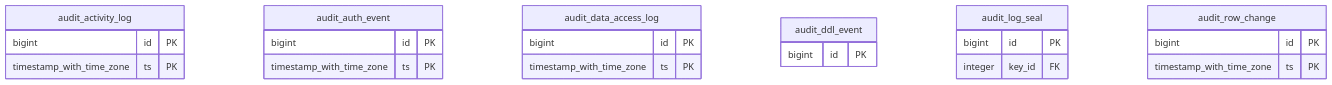
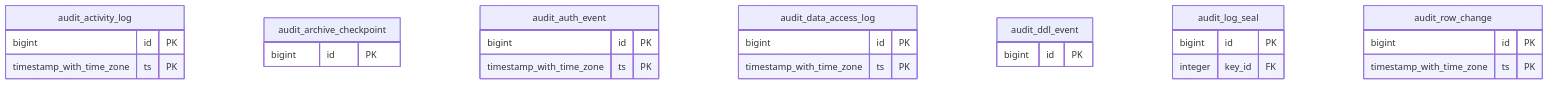
Diagram 27 of 27 in db/ERD.md (thawrasy/smartlines), drawn with Mermaid before and after one commit. The commit also changed other lines of this file and 20 other files, not shown here.

````diff
--- a/db/ERD.md
+++ b/db/ERD.md
@@ -5257,26 +5287,29 @@
 ```mermaid
 erDiagram
   audit_activity_log {
     bigint id PK
     timestamp_with_time_zone ts PK
+  }
+  audit_archive_checkpoint {
+    bigint id PK
   }
   audit_auth_event {
     bigint id PK
     timestamp_with_time_zone ts PK
   }
   audit_data_access_log {
     bigint id PK
     timestamp_with_time_zone ts PK
   }
   audit_ddl_event {
     bigint id PK
   }
   audit_log_seal {
     bigint id PK
     integer key_id FK
   }
   audit_row_change {
     bigint id PK
     timestamp_with_time_zone ts PK
   }
 ```
````
